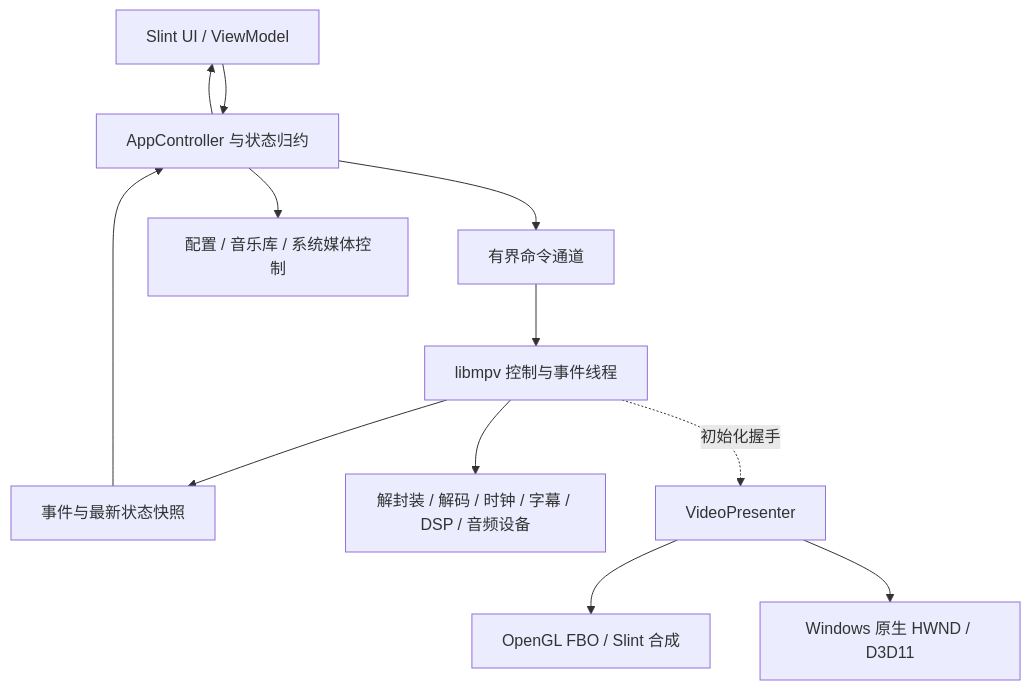
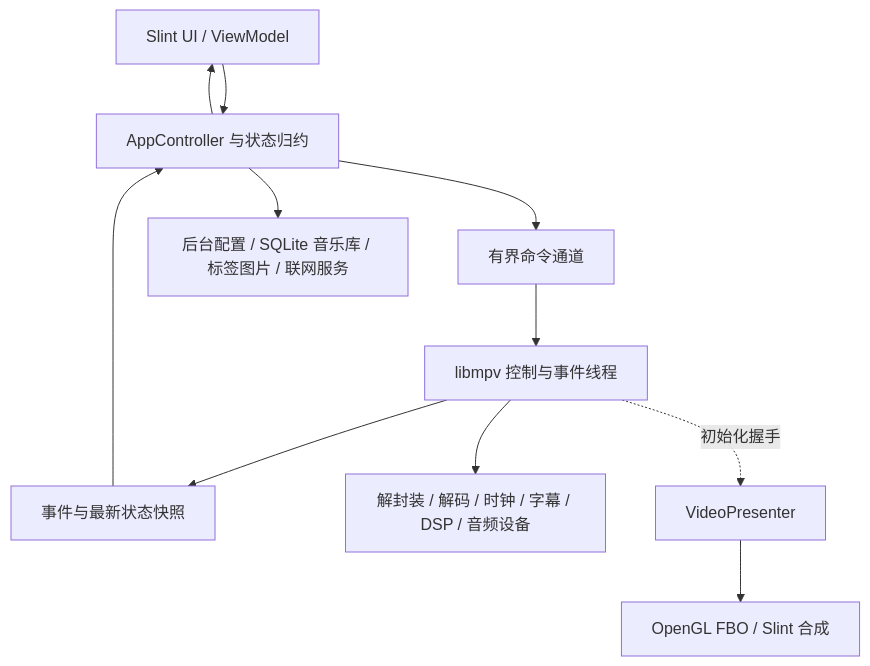
One commit to YYDanielJr/yyplayer changed the diagram in docs/DEVELOPMENT_PLAN.md. Above: the diagram before and after it, drawn with Mermaid. The commit also changed other lines of this file and 7 other files, not shown here.

````diff
--- a/docs/DEVELOPMENT_PLAN.md
+++ b/docs/DEVELOPMENT_PLAN.md
@@ -124,14 +131,13 @@
 ```mermaid
 flowchart TD
     UI[Slint UI / ViewModel] --> Controller[AppController 与状态归约]
     Controller --> Commands[有界命令通道]
     Commands --> Engine[libmpv 控制与事件线程]
     Engine --> Snapshots[事件与最新状态快照]
     Snapshots --> Controller
     Controller --> UI
     Engine --> AV[解封装 / 解码 / 时钟 / 字幕 / DSP / 音频设备]
     Engine -. 初始化握手 .-> Presenter[VideoPresenter]
     Presenter --> GL[OpenGL FBO / Slint 合成]
-    Presenter --> Native[Windows 原生 HWND / D3D11]
-    Controller --> Services[配置 / 音乐库 / 系统媒体控制]
+    Controller --> Services[后台配置 / SQLite 音乐库 / 标签图片 / 联网服务]
 ```
````
